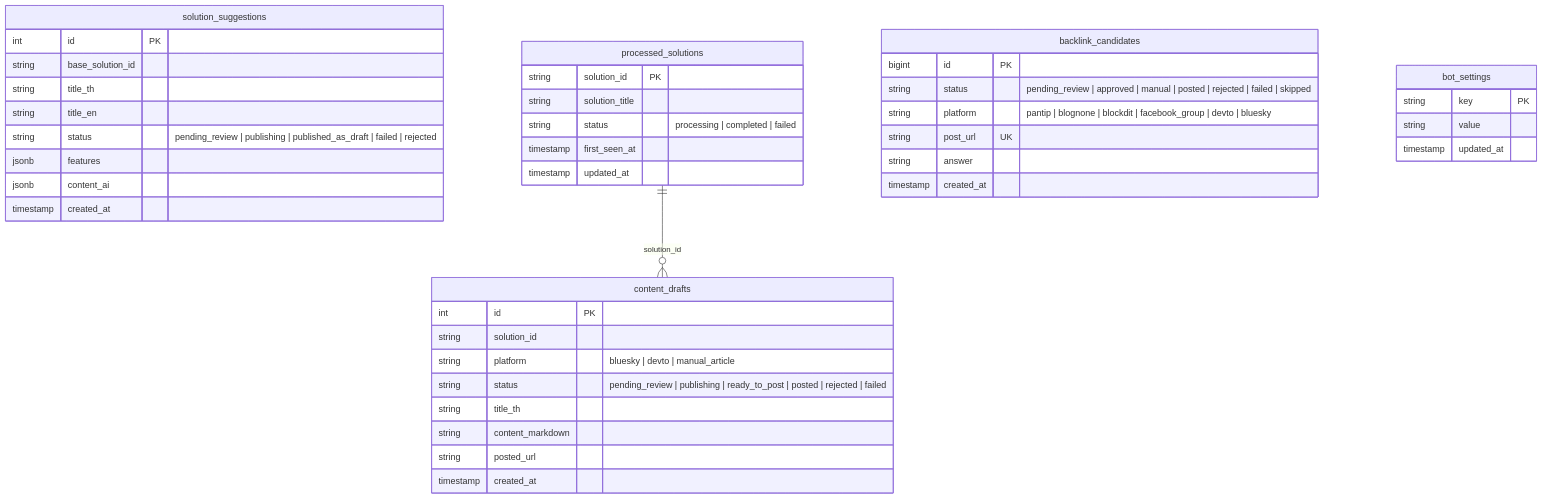
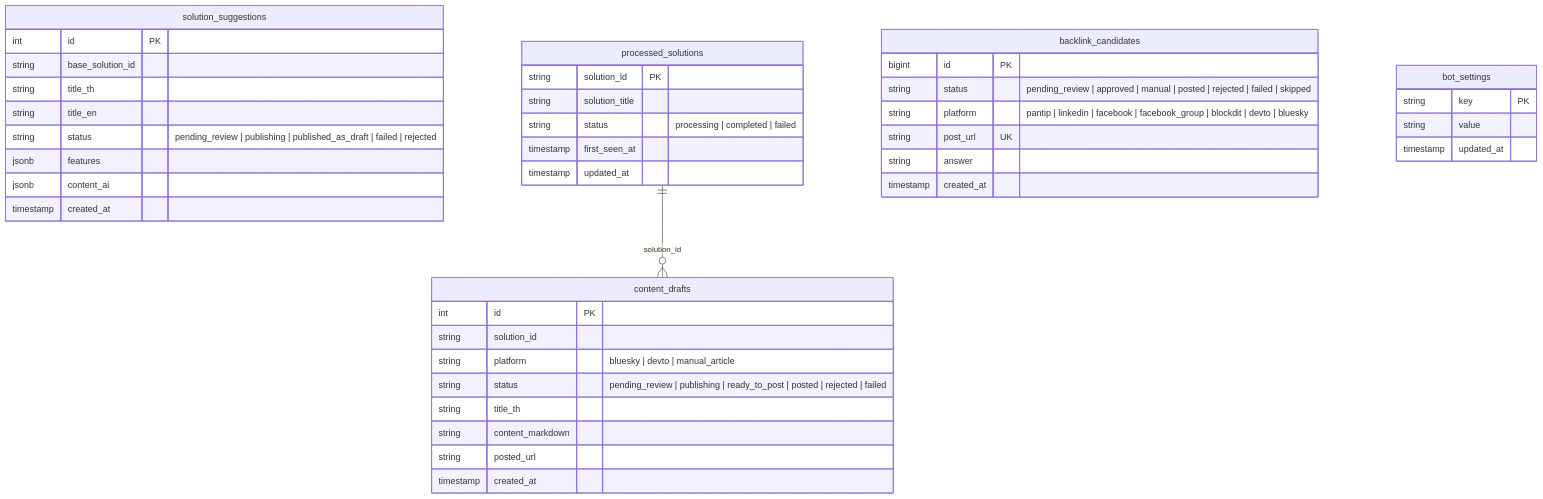
One commit to BosGuss/syaco-web-n8n changed the diagram in ARCHITECTURE.md. Above: the diagram before and after it, drawn with Mermaid. The commit also changed other lines of this file and 7 other files, not shown here.

Commit message:
feat(flow3): remove Blognone and replace with Pantip, LinkedIn, and Facebook with robust URL normalization and updated plan

````diff
--- a/ARCHITECTURE.md
+++ b/ARCHITECTURE.md
@@ -79,45 +79,45 @@
 ```mermaid
 erDiagram
     solution_suggestions {
         int id PK
         string base_solution_id
         string title_th
         string title_en
         string status "pending_review | publishing | published_as_draft | failed | rejected"
         jsonb features
         jsonb content_ai
         timestamp created_at
     }
     processed_solutions {
         string solution_id PK
         string solution_title
         string status "processing | completed | failed"
         timestamp first_seen_at
         timestamp updated_at
     }
     content_drafts {
         int id PK
         string solution_id
         string platform "bluesky | devto | manual_article"
         string status "pending_review | publishing | ready_to_post | posted | rejected | failed"
         string title_th
         string content_markdown
         string posted_url
         timestamp created_at
     }
     backlink_candidates {
         bigint id PK
         string status "pending_review | approved | manual | posted | rejected | failed | skipped"
-        string platform "pantip | blognone | blockdit | facebook_group | devto | bluesky"
+        string platform "pantip | linkedin | facebook | facebook_group | blockdit | devto | bluesky"
         string post_url UK
         string answer
         timestamp created_at
     }
     bot_settings {
         string key PK
         string value
         timestamp updated_at
     }
 
     processed_solutions ||--o{ content_drafts : "solution_id"
 ```
````
